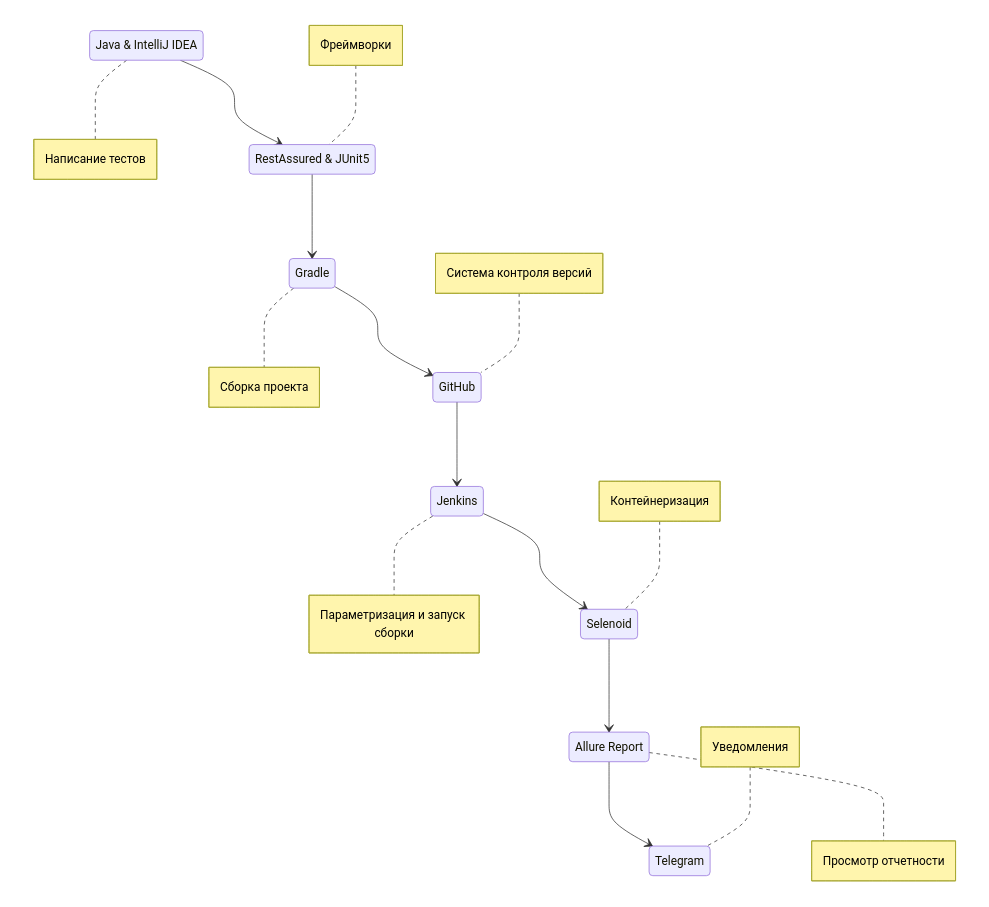
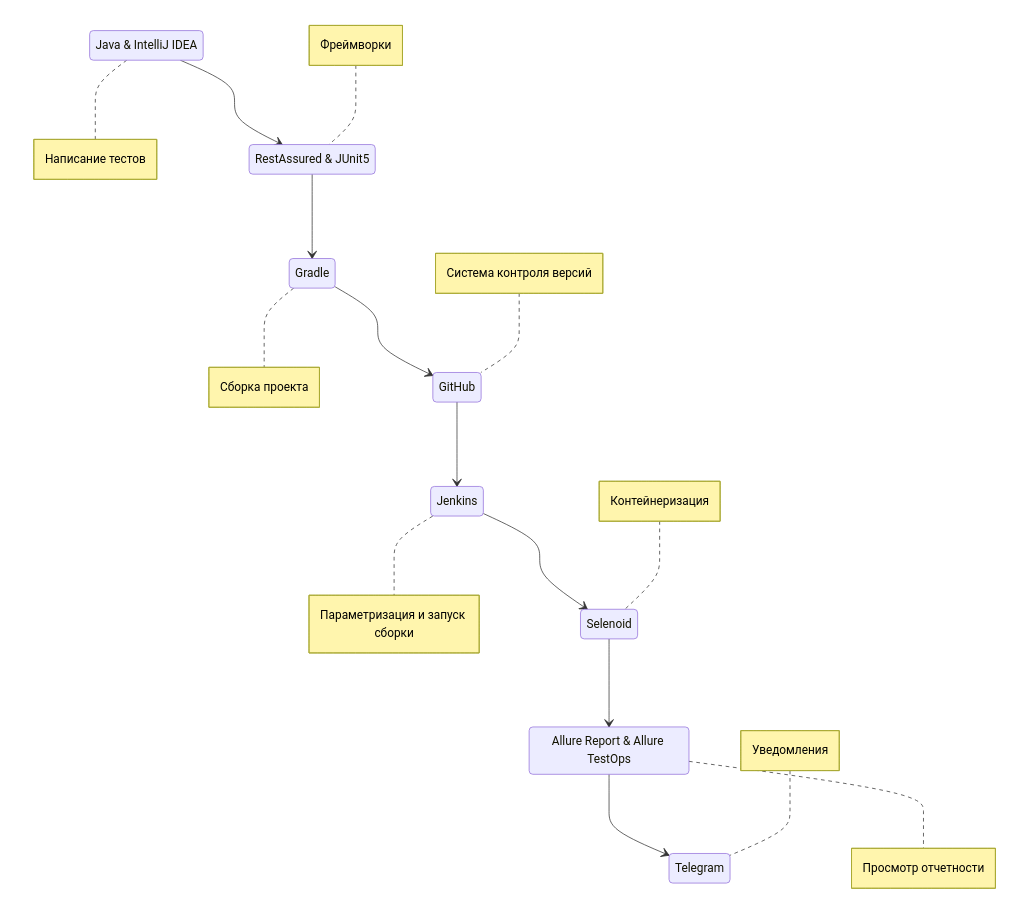
The diagram in README.md (lkuff/ReqresIn_diploma_api), drawn with Mermaid before and after one commit. The commit also changed other lines of this file and 3 other files, not shown here.

````diff
--- a/README.md
+++ b/README.md
@@ -47,26 +50,26 @@
 ```mermaid        
     stateDiagram-v2
         State1: Java & IntelliJ IDEA
         State2: RestAssured & JUnit5
         State3: Gradle
         State4: GitHub
         State5: Jenkins
         State6: Selenoid
-        State7: Allure Report
+        State7: Allure Report & Allure TestOps
         State8: Telegram
         State1 --> State2
         State2 --> State3
         State3 --> State4
         State4 --> State5
         State5 --> State6
         State6 --> State7
         State7 --> State8
         note right of State1 : Написание тестов
         note left of State2 : Фреймворки
         note right of State3 : Сборка проекта
         note left of State4 : Система контроля версий 
         note right of State5 : Параметризация и запуск сборки
         note left of State6 : Контейнеризация
         note right of State7 : Просмотр отчетности
         note left of State8 : Уведомления
 ```
````
